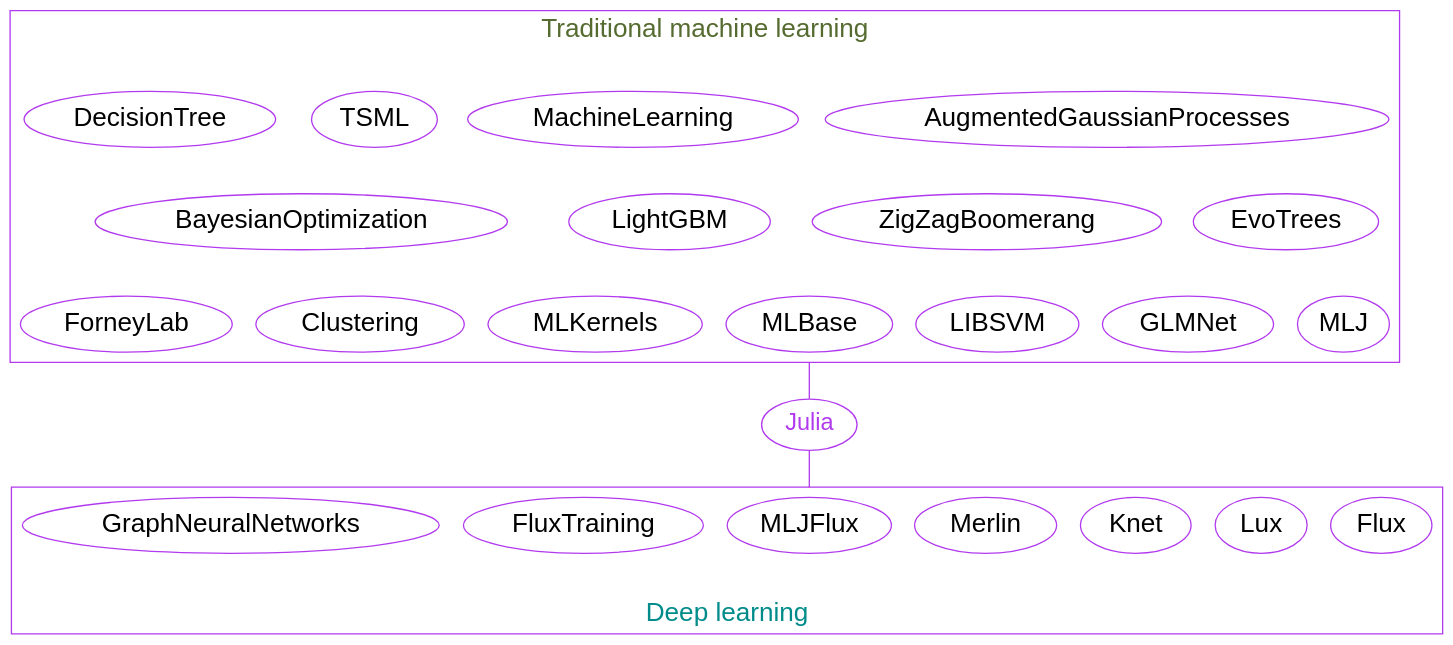
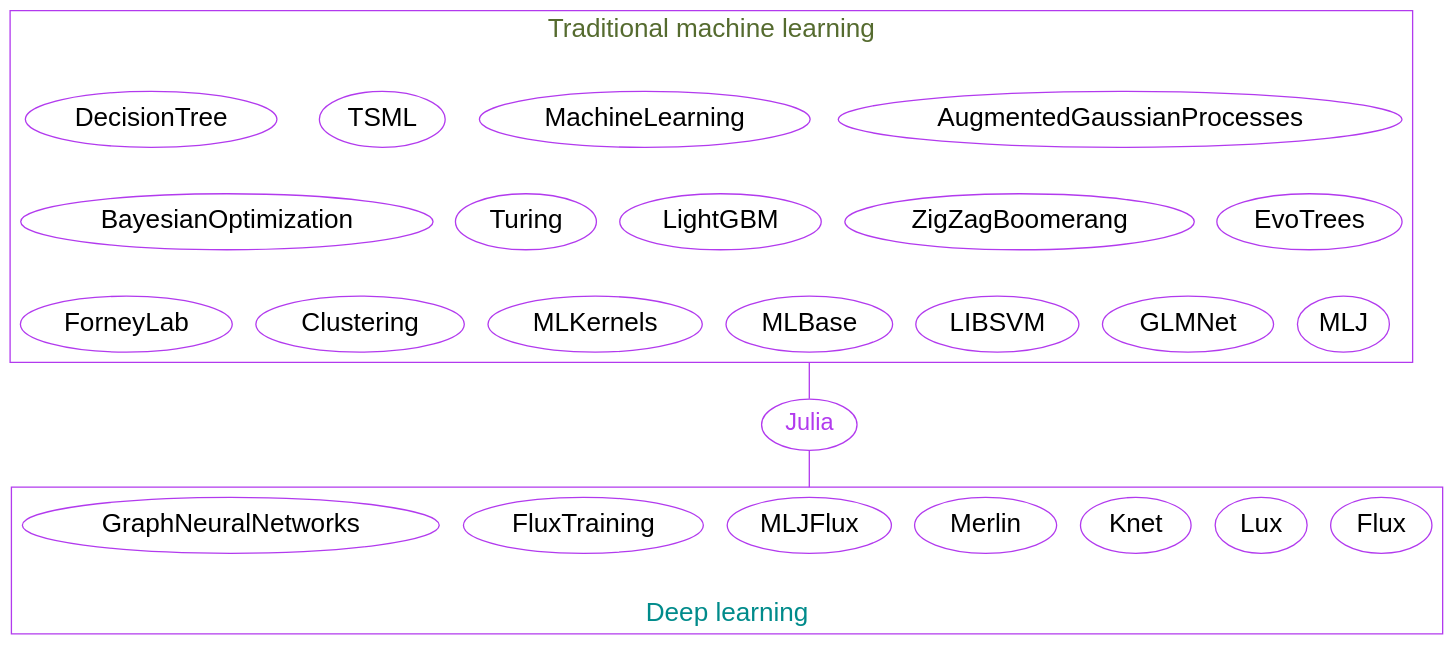
Before and after one commit to WestDRI/arc-training: the seventh of 16 diagrams in ml/frameworks_slides.qmd, drawn with Graphviz. The commit also changed other lines of this file, not shown here.

````diff
--- a/ml/frameworks_slides.qmd
+++ b/ml/frameworks_slides.qmd
@@ -361,41 +363,51 @@
 ```{dot}
 //| echo: false
 
 strict graph {
 
   bgcolor="transparent"
   graph [fontname="Inconsolata, sans-serif"]
   node [fontname="Inconsolata, sans-serif", color=darkorchid2]
   compound=true
   
   subgraph cluster_ml {
 	label="Traditional machine learning\n\n"
 	color=darkorchid2
 	fontcolor=darkolivegreen
 	fontsize=20
 	edge [style=invis]
 	node [fontsize=20]
 	{rank=same; AugmentedGaussianProcesses MachineLearning TSML DecisionTree}
-	{rank=same; EvoTrees ZigZagBoomerang LightGBM BayesianOptimization}
+	{rank=same; EvoTrees ZigZagBoomerang LightGBM Turing BayesianOptimization}
 	{rank=same; MLJ GLMNet LIBSVM MLBase MLKernels Clustering ForneyLab}
 	AugmentedGaussianProcesses -- EvoTrees -- MLJ
   }
 
   subgraph cluster_dl {	
 	label="\nDeep learning"
 	color=darkorchid2
 	fontcolor=darkcyan
 	fontsize=20
 	labelloc=b
 	node [fontsize=20]
 	Flux Lux Knet Merlin MLJFlux FluxTraining GraphNeuralNetworks
   }
 
+  Flux [URL="https://github.com/FluxML/Flux.jl"]
+  Lux [URL="https://github.com/LuxDL/"]
+  Knet [URL="https://github.com/denizyuret/Knet.jl"]
+  Merlin [URL=""]
+  MLJFlux [URL=""]
+  FluxTraining [URL=""]
+  GraphNeuralNetworks [URL=""]
+  MLJ [URL="https://github.com/alan-turing-institute/MLJ.jl"]
+  Turing [URL="https://github.com/TuringLang/Turing.jl"]
+
   Julia [fontsize=18]
   Julia [fontcolor=darkorchid2, URL="https://julialang.org/"]
 
   MLBase -- Julia [ltail=cluster_ml, color=darkorchid2]
   Julia -- MLJFlux [lhead=cluster_dl, color=darkorchid2]
   
 }
 ```
````
